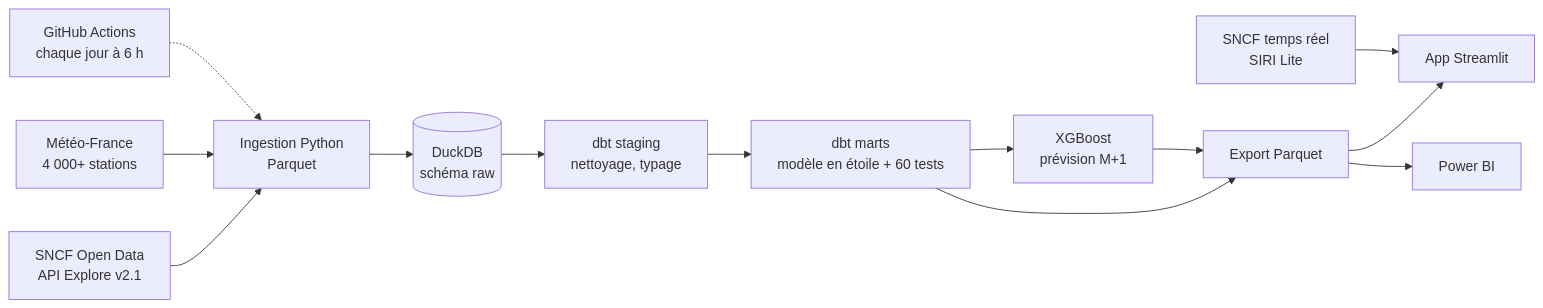
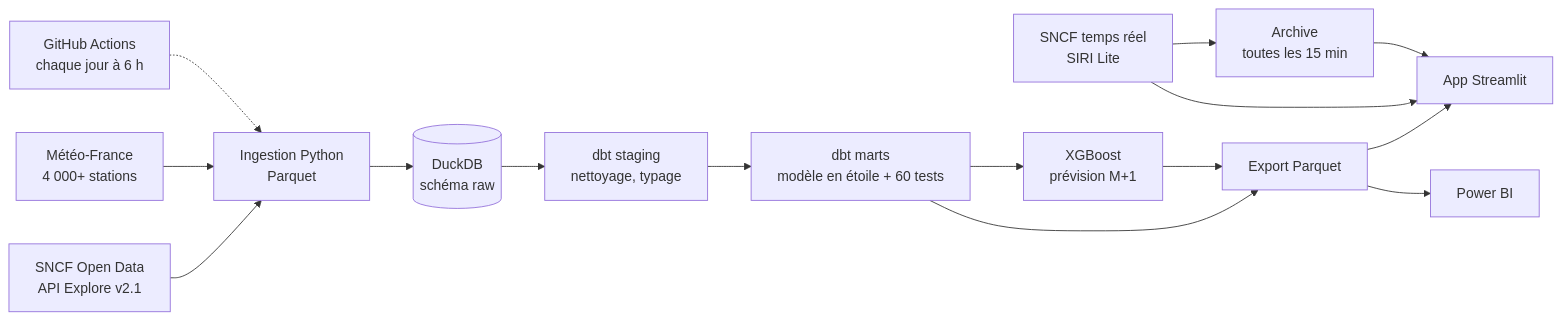
One commit to acherm75/observatoire-ponctualite-ferroviaire changed the first of 2 diagrams in README.md. Above: the diagram before and after it, drawn with Mermaid. The commit also changed other lines of this file and 8 other files, not shown here.

````diff
--- a/README.md
+++ b/README.md
@@ -72,15 +84,16 @@
 ```mermaid
 flowchart LR
     A[SNCF Open Data<br/>API Explore v2.1] --> I
     B[Météo-France<br/>4 000+ stations] --> I
     I[Ingestion Python<br/>Parquet] --> R[(DuckDB<br/>schéma raw)]
     R --> S[dbt staging<br/>nettoyage, typage]
     S --> M[dbt marts<br/>modèle en étoile + 60 tests]
     M --> ML[XGBoost<br/>prévision M+1]
     M --> E[Export Parquet]
     ML --> E
     E --> ST[App Streamlit]
     RT[SNCF temps réel<br/>SIRI Lite] --> ST
+    RT --> AR[Archive<br/>toutes les 15 min] --> ST
     E --> PBI[Power BI]
     GH[GitHub Actions<br/>chaque jour à 6 h] -.-> I
 ```
````
